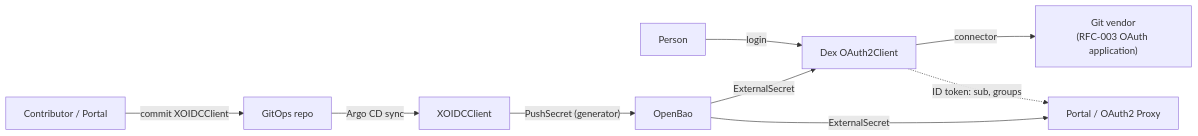
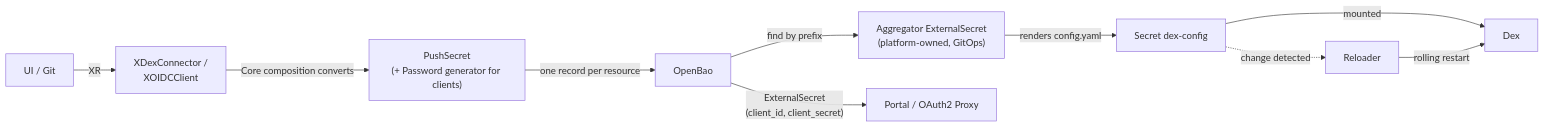
Before and after one commit to wxops/wxops-core: the diagram in docs/rfc/004-dex-identity-and-portal-authentication.md, drawn with Mermaid. The commit also changed other lines of this file and 8 other files, not shown here.

````diff
--- a/docs/rfc/004-dex-identity-and-portal-authentication.md
+++ b/docs/rfc/004-dex-identity-and-portal-authentication.md
@@ -160,11 +52,12 @@
 ```mermaid
 flowchart LR
-    C["Contributor / Portal"] -->|"commit XOIDCClient"| G["GitOps repo"]
-    G -->|"Argo CD sync"| X["XOIDCClient"]
-    X -->|"PushSecret (generator)"| B["OpenBao"]
-    B -->|"ExternalSecret"| D["Dex OAuth2Client"]
-    B -->|"ExternalSecret"| A["Portal / OAuth2 Proxy"]
-    U["Person"] -->|"login"| D
-    D -->|"connector"| V["Git vendor<br/>(RFC-003 OAuth application)"]
-    D -.->|"ID token: sub, groups"| A
+    U["UI / Git"] -->|"XR"| X["XDexConnector /<br/>XOIDCClient"]
+    X -->|"Core composition converts"| P["PushSecret<br/>(+ Password generator for clients)"]
+    P -->|"one record per resource"| B["OpenBao"]
+    B -->|"find by prefix"| A["Aggregator ExternalSecret<br/>(platform-owned, GitOps)"]
+    A -->|"renders config.yaml"| S["Secret dex-config"]
+    S -->|"mounted"| D["Dex"]
+    S -.->|"change detected"| R["Reloader"]
+    R -->|"rolling restart"| D
+    B -->|"ExternalSecret<br/>(client_id, client_secret)"| C["Portal / OAuth2 Proxy"]
 ```
````
